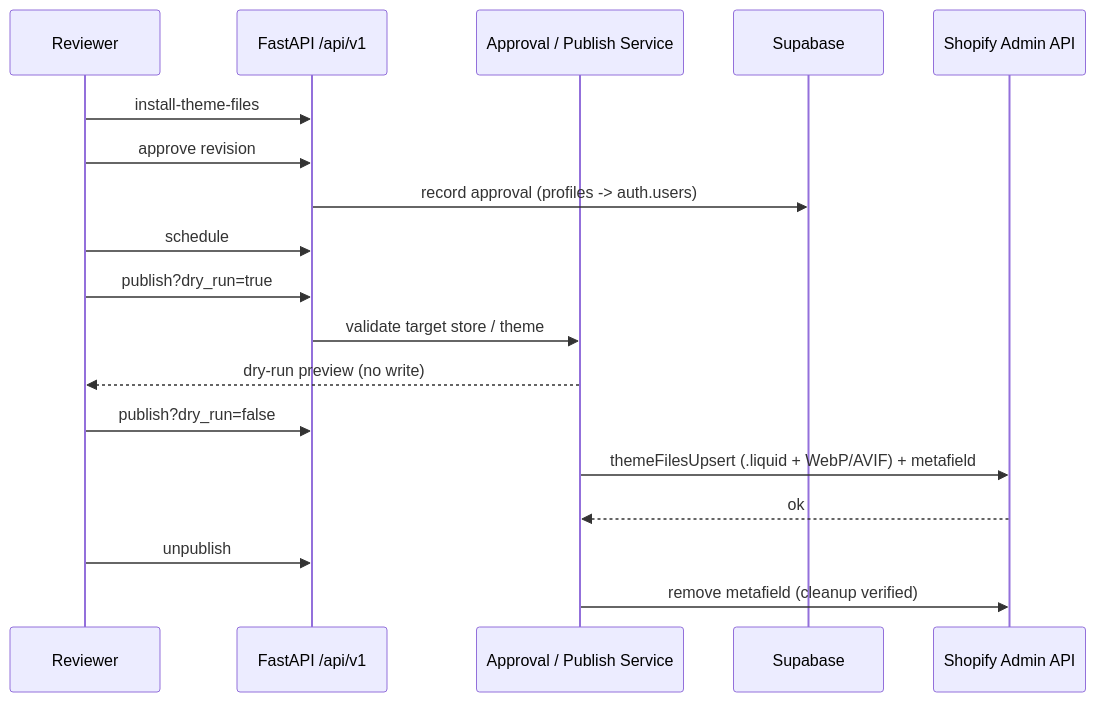
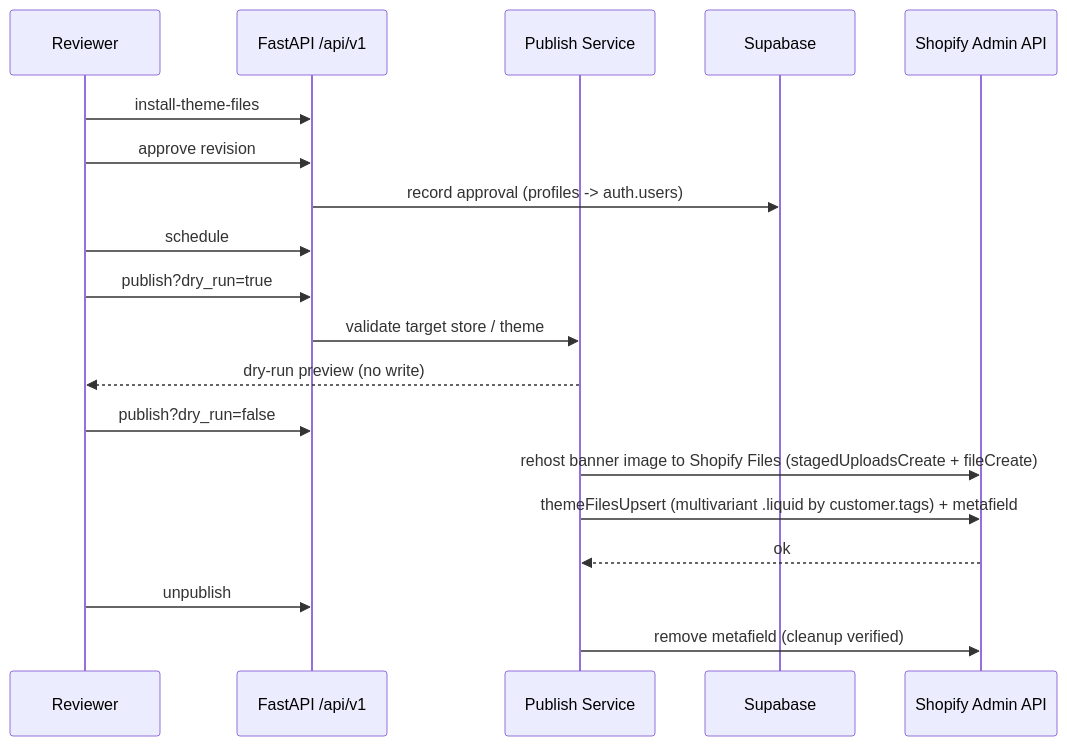
One commit to aijolot/aijolot-banner-agent changed the fifth of 5 diagrams in ARCHITECTURE.md. Above: the diagram before and after it, drawn with Mermaid. The commit also changed other lines of this file and 1 other file, not shown here.

First line of the commit message:
docs: refresh ARCHITECTURE + README for async, visual self-review, live Shopify

````diff
--- a/ARCHITECTURE.md
+++ b/ARCHITECTURE.md
@@ -211,21 +246,22 @@
 ```mermaid
 sequenceDiagram
     participant R as Reviewer
     participant API as FastAPI /api/v1
-    participant SVC as Approval / Publish Service
+    participant SVC as Publish Service
     participant SUPA as Supabase
     participant SHOP as Shopify Admin API
 
     R->>API: install-theme-files
     R->>API: approve revision
     API->>SUPA: record approval (profiles -> auth.users)
     R->>API: schedule
     R->>API: publish?dry_run=true
     API->>SVC: validate target store / theme
     SVC-->>R: dry-run preview (no write)
     R->>API: publish?dry_run=false
-    SVC->>SHOP: themeFilesUpsert (.liquid + WebP/AVIF) + metafield
+    SVC->>SHOP: rehost banner image to Shopify Files (stagedUploadsCreate + fileCreate)
+    SVC->>SHOP: themeFilesUpsert (multivariant .liquid by customer.tags) + metafield
     SHOP-->>SVC: ok
     R->>API: unpublish
     SVC->>SHOP: remove metafield (cleanup verified)
 ```
````
